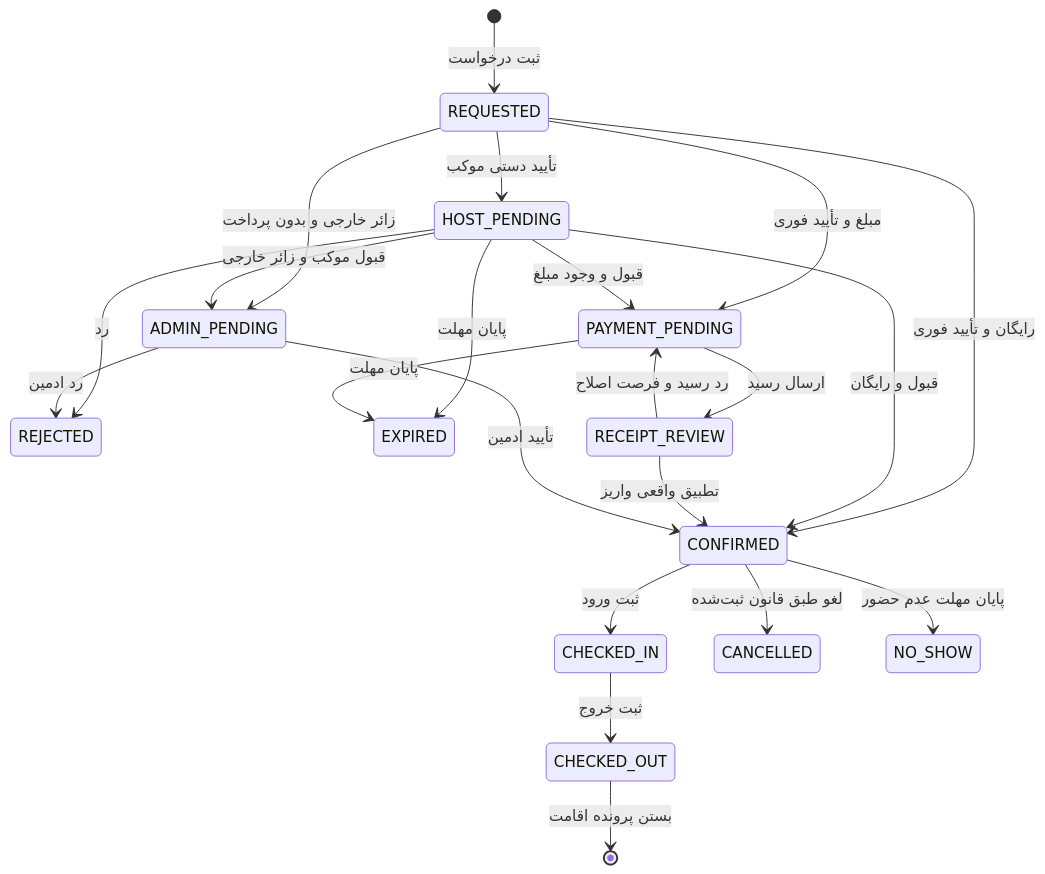
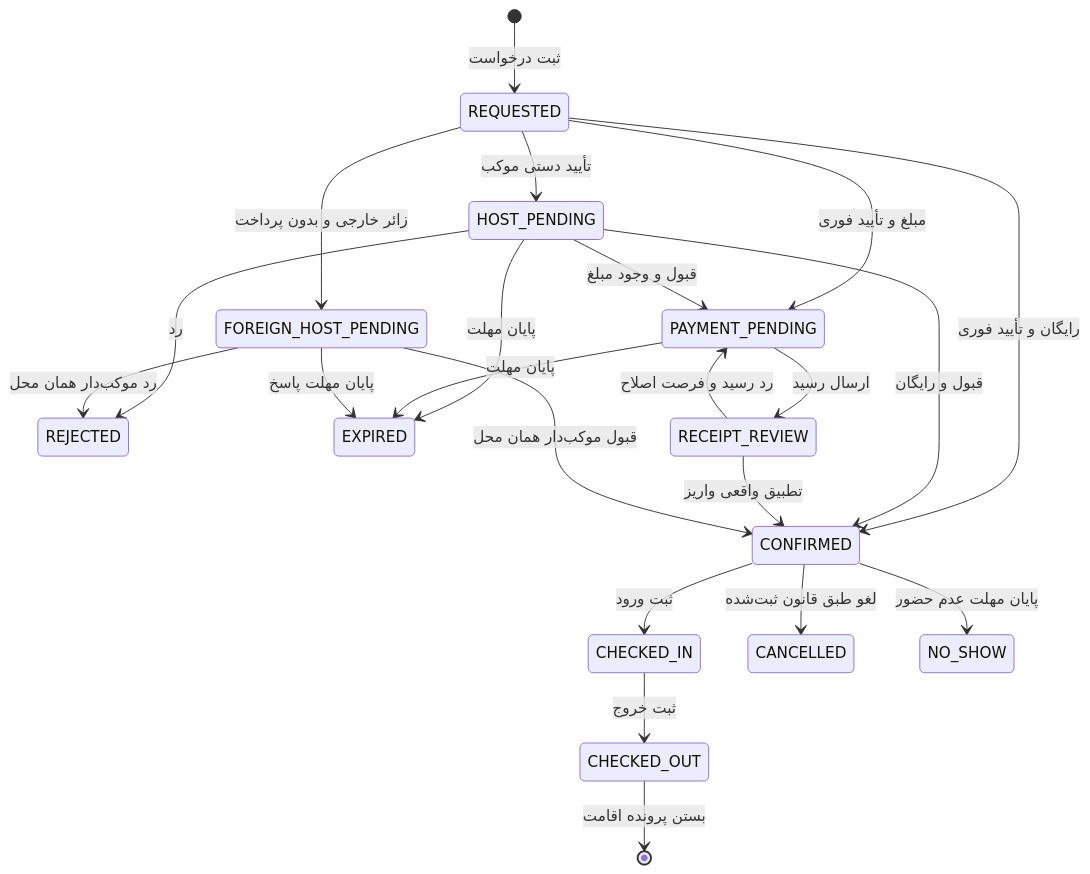
The diagram in docs/ai/domains/RESERVATION_LIFECYCLE.md (elyas5203/rezervasiyonBOT), drawn with Mermaid before and after one commit. The commit also changed other lines of this file and 23 other files, not shown here.

````diff
--- a/docs/ai/domains/RESERVATION_LIFECYCLE.md
+++ b/docs/ai/domains/RESERVATION_LIFECYCLE.md
@@ -18,24 +18,24 @@
 ```mermaid
 stateDiagram-v2
     [*] --> REQUESTED: ثبت درخواست
     REQUESTED --> HOST_PENDING: تأیید دستی موکب
-    REQUESTED --> ADMIN_PENDING: زائر خارجی و بدون پرداخت
+    REQUESTED --> FOREIGN_HOST_PENDING: زائر خارجی و بدون پرداخت
     REQUESTED --> PAYMENT_PENDING: مبلغ و تأیید فوری
     REQUESTED --> CONFIRMED: رایگان و تأیید فوری
     HOST_PENDING --> PAYMENT_PENDING: قبول و وجود مبلغ
     HOST_PENDING --> CONFIRMED: قبول و رایگان
-    HOST_PENDING --> ADMIN_PENDING: قبول موکب و زائر خارجی
     HOST_PENDING --> REJECTED: رد
     HOST_PENDING --> EXPIRED: پایان مهلت
     PAYMENT_PENDING --> RECEIPT_REVIEW: ارسال رسید
     RECEIPT_REVIEW --> CONFIRMED: تطبیق واقعی واریز
     RECEIPT_REVIEW --> PAYMENT_PENDING: رد رسید و فرصت اصلاح
     PAYMENT_PENDING --> EXPIRED: پایان مهلت
-    ADMIN_PENDING --> CONFIRMED: تأیید ادمین
-    ADMIN_PENDING --> REJECTED: رد ادمین
+    FOREIGN_HOST_PENDING --> CONFIRMED: قبول موکب‌دار همان محل
+    FOREIGN_HOST_PENDING --> REJECTED: رد موکب‌دار همان محل
+    FOREIGN_HOST_PENDING --> EXPIRED: پایان مهلت پاسخ
     CONFIRMED --> CHECKED_IN: ثبت ورود
     CONFIRMED --> CANCELLED: لغو طبق قانون ثبت‌شده
     CONFIRMED --> NO_SHOW: پایان مهلت عدم حضور
     CHECKED_IN --> CHECKED_OUT: ثبت خروج
     CHECKED_OUT --> [*]: بستن پرونده اقامت
 ```
````
